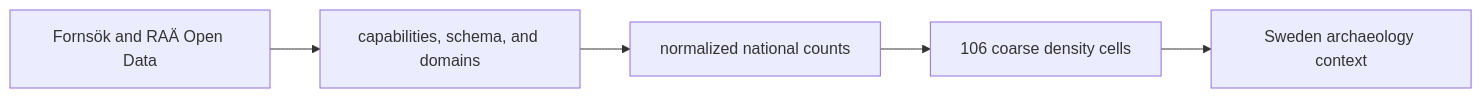
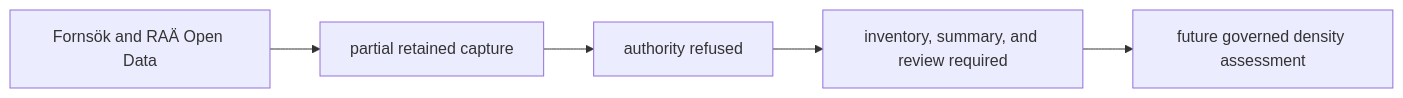
The first of 2 diagrams in docs/public/pollenomics-data/sources/raa.md (bijux/bijux-pollenomics), drawn with Mermaid before and after one commit. The commit also changed other lines of this file and 8 other files, not shown here.

Commit message:
fix(data): align source posture with governed authority

````diff
--- a/docs/public/pollenomics-data/sources/raa.md
+++ b/docs/public/pollenomics-data/sources/raa.md
@@ -34,7 +32,7 @@
 ```mermaid
 flowchart LR
-    Source["Fornsök and RAÄ Open Data"] --> Capture["capabilities, schema, and domains"]
-    Capture --> Summary["normalized national counts"]
-    Summary --> Density["106 coarse density cells"]
-    Density --> Product["Sweden archaeology context"]
+    Source["Fornsök and RAÄ Open Data"] --> Capture["partial retained capture"]
+    Capture --> Refusal["authority refused"]
+    Refusal --> Missing["inventory, summary, and review required"]
+    Missing --> Future["future governed density assessment"]
 ```
````
